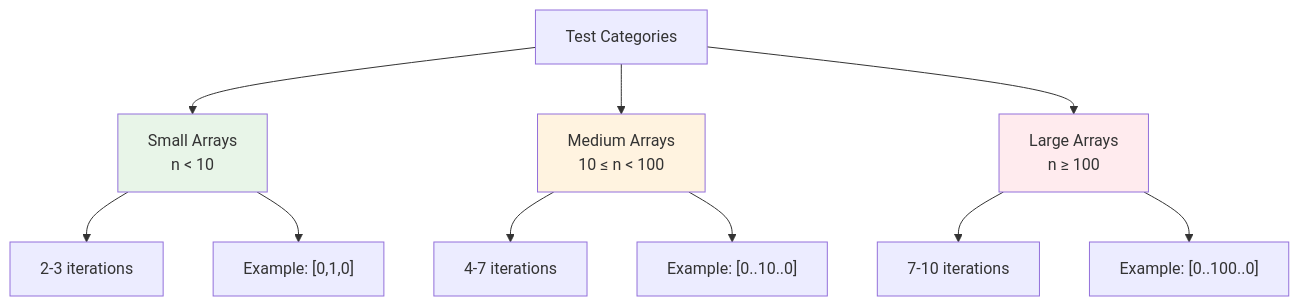
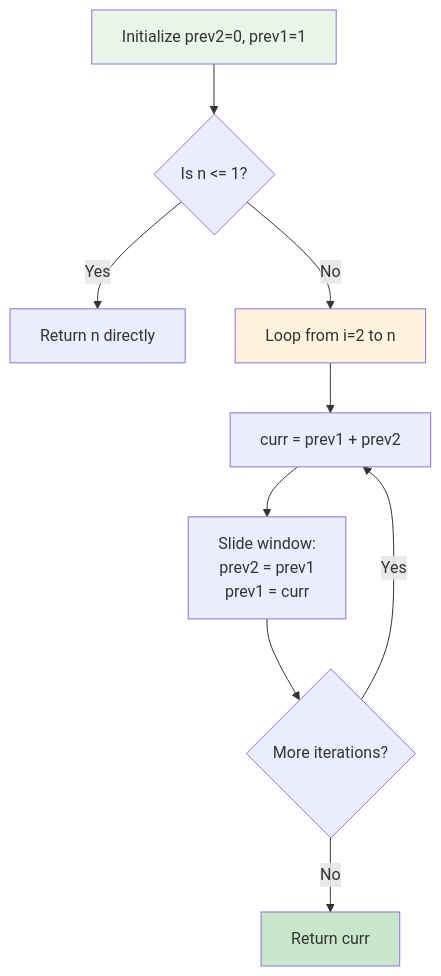
Before and after one commit to LuckyLongre123/README_RUNNER: the seventh of 10 diagrams in README.md, drawn with Mermaid. The commit also changed other lines of this file, not shown here.

````diff
--- a/README.md
+++ b/README.md
@@ -286,18 +183,15 @@
 ```mermaid
 flowchart TD
-    A["Test Categories"] --> B["Small Arrays<br/>n < 10"]
-    A --> C["Medium Arrays<br/>10 ≤ n < 100"]
-    A --> D["Large Arrays<br/>n ≥ 100"]
+    A["Initialize prev2=0, prev1=1"] --> B{"Is n <= 1?"}
+    B -->|"Yes"| C["Return n directly"]
+    B -->|"No"| D["Loop from i=2 to n"]
+    D --> E["curr = prev1 + prev2"]
+    E --> F["Slide window:<br/>prev2 = prev1<br/>prev1 = curr"]
+    F --> G{"More iterations?"}
+    G -->|"Yes"| E
+    G -->|"No"| H["Return curr"]
     
-    B --> B1["2-3 iterations"]
-    C --> C1["4-7 iterations"]
-    D --> D1["7-10 iterations"]
-    
-    B --> B2["Example: [0,1,0]"]
-    C --> C2["Example: [0..10..0]"]
-    D --> D2["Example: [0..100..0]"]
-    
-    style B fill:#e8f5e8
-    style C fill:#fff3e0
-    style D fill:#ffebee
+    style A fill:#e8f5e8
+    style D fill:#fff3e0
+    style H fill:#c8e6c9
 ```
````
